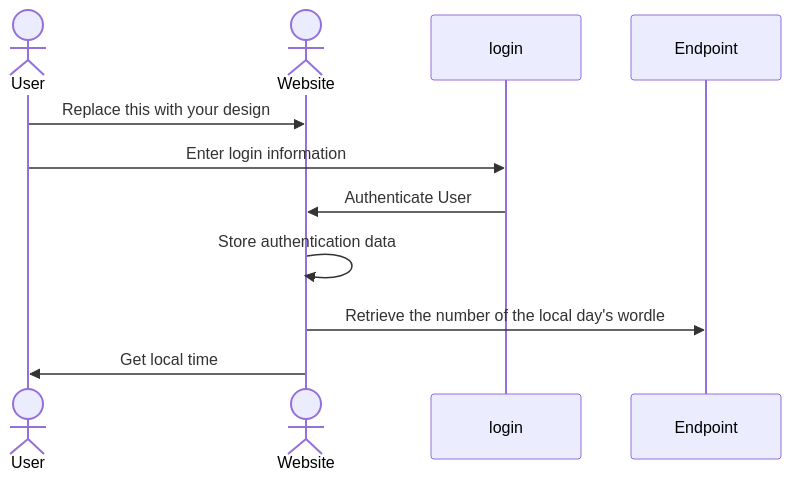
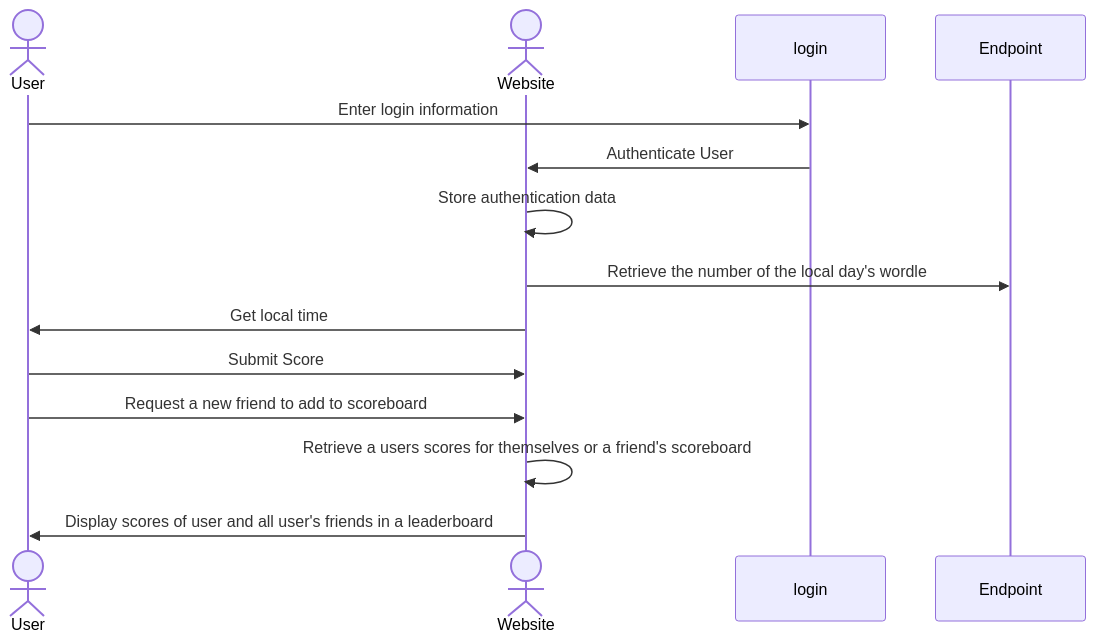
The diagram in README.md (Aathok-Git/cs260-startup), drawn with Mermaid before and after one commit.

````diff
--- a/README.md
+++ b/README.md
@@ -37,11 +37,14 @@
 ```mermaid
 sequenceDiagram
     actor User
     actor Website
-    User->>Website: Replace this with your design
     User->>login: Enter login information
     login->>Website: Authenticate User
     Website->>Website: Store authentication data
     Website->>Endpoint: Retrieve the number of the local day's wordle
     Website->>User: Get local time
+    User->>Website: Submit Score
+    User->>Website: Request a new friend to add to scoreboard
+    Website->>Website: Retrieve a users scores for themselves or a friend's scoreboard
+    Website->>User: Display scores of user and all user's friends in a leaderboard
 ```
````
